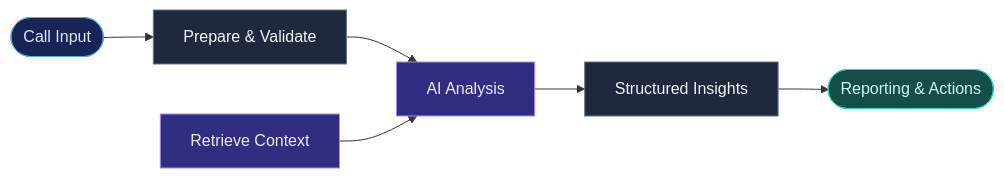
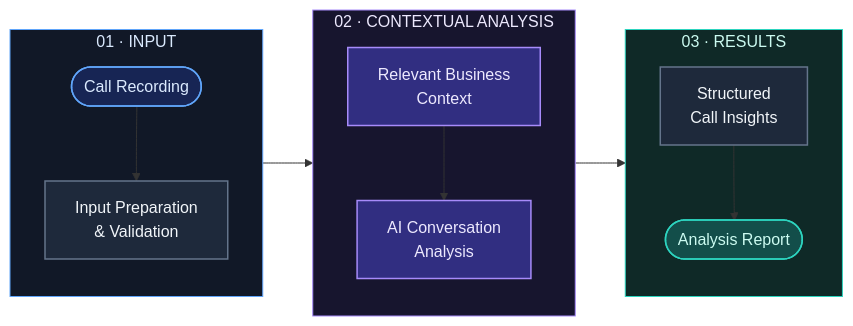
Before and after one commit to SinaKakavand/Intelligent_Sales_Automation: the second of 4 diagrams in README.md, drawn with Mermaid. The commit also changed other lines of this file, not shown here.

````diff
--- a/README.md
+++ b/README.md
@@ -87,22 +105,40 @@
 ```mermaid
 flowchart LR
-    A([Call Input])
-    B[Prepare & Validate]
-    C[Retrieve Context]
-    D[AI Analysis]
-    E[Structured Insights]
-    F([Reporting & Actions])
+    subgraph INPUT["01 · INPUT"]
+        direction TB
+        AUDIO([Call Recording])
+        PREP["Input Preparation<br/>& Validation"]
+        AUDIO --> PREP
+    end
 
-    A --> B --> D --> E --> F
-    C --> D
+    subgraph ANALYSIS["02 · CONTEXTUAL ANALYSIS"]
+        direction TB
+        CONTEXT["Relevant Business<br/>Context"]
+        AI["AI Conversation<br/>Analysis"]
+        CONTEXT --> AI
+    end
 
-    classDef input fill:#172554,stroke:#60A5FA,color:#DBEAFE
-    classDef process fill:#1E293B,stroke:#64748B,color:#F1F5F9
-    classDef ai fill:#312E81,stroke:#A78BFA,color:#EDE9FE
-    classDef output fill:#134E4A,stroke:#2DD4BF,color:#CCFBF1
+    subgraph OUTPUT["03 · RESULTS"]
+        direction TB
+        STRUCT["Structured<br/>Call Insights"]
+        REPORT([Analysis Report])
+        STRUCT --> REPORT
+    end
 
-    class A input
-    class B,E process
-    class C,D ai
-    class F output
+    PREP --> AI
+    AI --> STRUCT
+
+    classDef input fill:#172554,stroke:#60A5FA,color:#DBEAFE,stroke-width:1.5px
+    classDef process fill:#1E293B,stroke:#64748B,color:#F1F5F9,stroke-width:1.5px
+    classDef ai fill:#312E81,stroke:#A78BFA,color:#EDE9FE,stroke-width:1.5px
+    classDef output fill:#134E4A,stroke:#2DD4BF,color:#CCFBF1,stroke-width:1.5px
+
+    class AUDIO input
+    class PREP,STRUCT process
+    class CONTEXT,AI ai
+    class REPORT output
+
+    style INPUT fill:#111827,stroke:#60A5FA,color:#DBEAFE
+    style ANALYSIS fill:#17152E,stroke:#A78BFA,color:#EDE9FE
+    style OUTPUT fill:#0F2927,stroke:#2DD4BF,color:#CCFBF1
 ```
````
